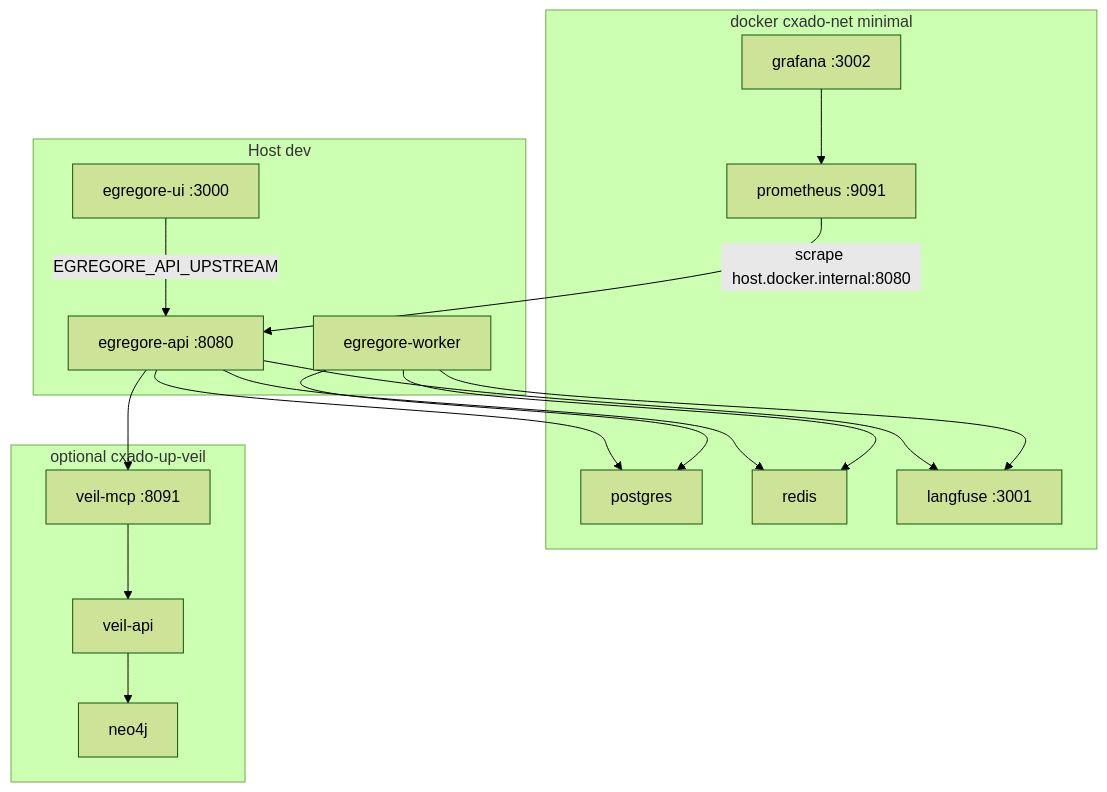
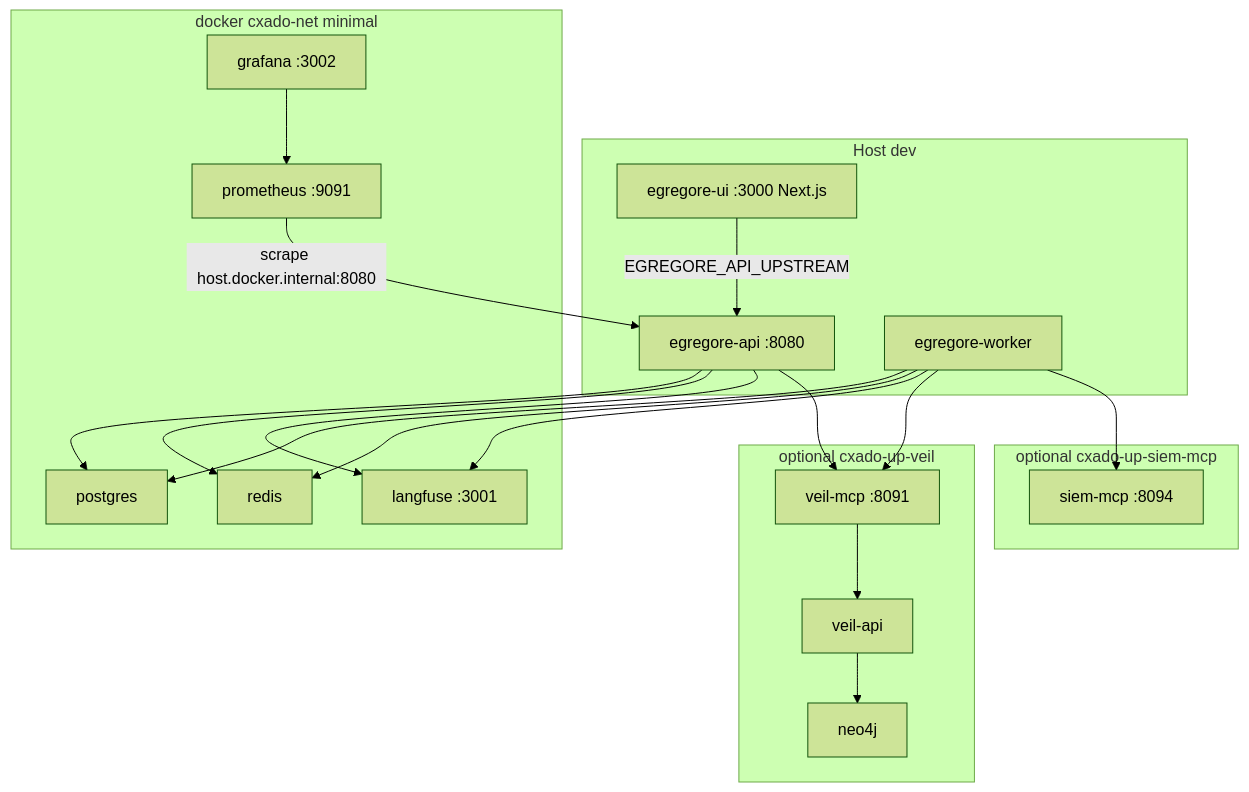
The diagram in docs/architecture-site/diagrams/local-dev-topology.mmd (butbeautifulv/cxado), drawn with Mermaid (forest theme) before and after one commit. The commit also changed 152 other files, not shown here.

First line of the commit message:
Add MCP gateways (DefectDojo, Tenable, SIEM) and offline deploy hardening.

```diff
--- a/docs/architecture-site/diagrams/local-dev-topology.mmd
+++ b/docs/architecture-site/diagrams/local-dev-topology.mmd
@@ -1,33 +1,39 @@
 flowchart TB
   subgraph host [Host dev]
     API[egregore-api :8080]
     Worker[egregore-worker]
-    UI[egregore-ui :3000]
+    UI[egregore-ui :3000 Next.js]
     UI -->|EGREGORE_API_UPSTREAM| API
   end
 
   subgraph compose [docker cxado-net minimal]
     PG[postgres]
     Redis[redis]
     LF[langfuse :3001]
     Prom[prometheus :9091]
     Graf[grafana :3002]
   end
 
   subgraph veil_opt [optional cxado-up-veil]
     Neo4j[neo4j]
     VAPI[veil-api]
     VMCP[veil-mcp :8091]
   end
 
+  subgraph siem_opt [optional cxado-up-siem-mcp]
+    SMCP[siem-mcp :8094]
+  end
+
   API --> PG
   API --> Redis
   API --> LF
   Worker --> PG
   Worker --> Redis
   Worker --> LF
   Prom -->|scrape host.docker.internal:8080| API
   Graf --> Prom
   API --> VMCP
+  Worker --> VMCP
+  Worker --> SMCP
   VMCP --> VAPI
   VAPI --> Neo4j
```
